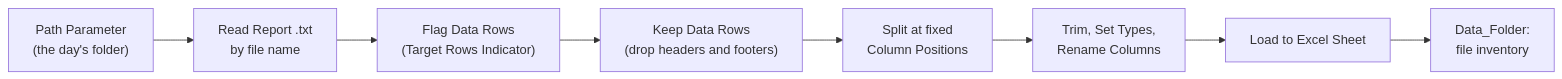
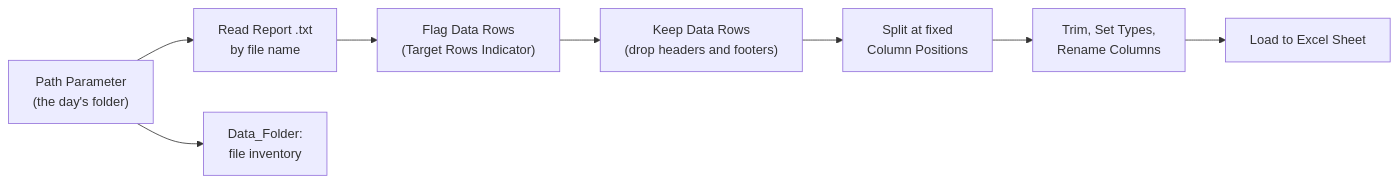
The diagram in README.md (Eddie-Zhu-IRL/banking-report-etl-powerquery), drawn with Mermaid before and after one commit. The commit also changed other lines of this file, not shown here.

````diff
--- a/README.md
+++ b/README.md
@@ -49,10 +49,10 @@
 ```mermaid
 flowchart LR;
 A["Path Parameter<br>(the day's folder)"] --> B["Read Report .txt<br>by file name"];
 B --> C["Flag Data Rows<br>(Target Rows Indicator)"];
 C --> D["Keep Data Rows<br>(drop headers and footers)"];
 D --> E["Split at fixed<br>Column Positions"];
 E --> F["Trim, Set Types,<br>Rename Columns"];
 F --> G["Load to Excel Sheet"];
-G --> H["Data_Folder:<br>file inventory"];
+A --> H["Data_Folder:<br>file inventory"];
 ```
````
